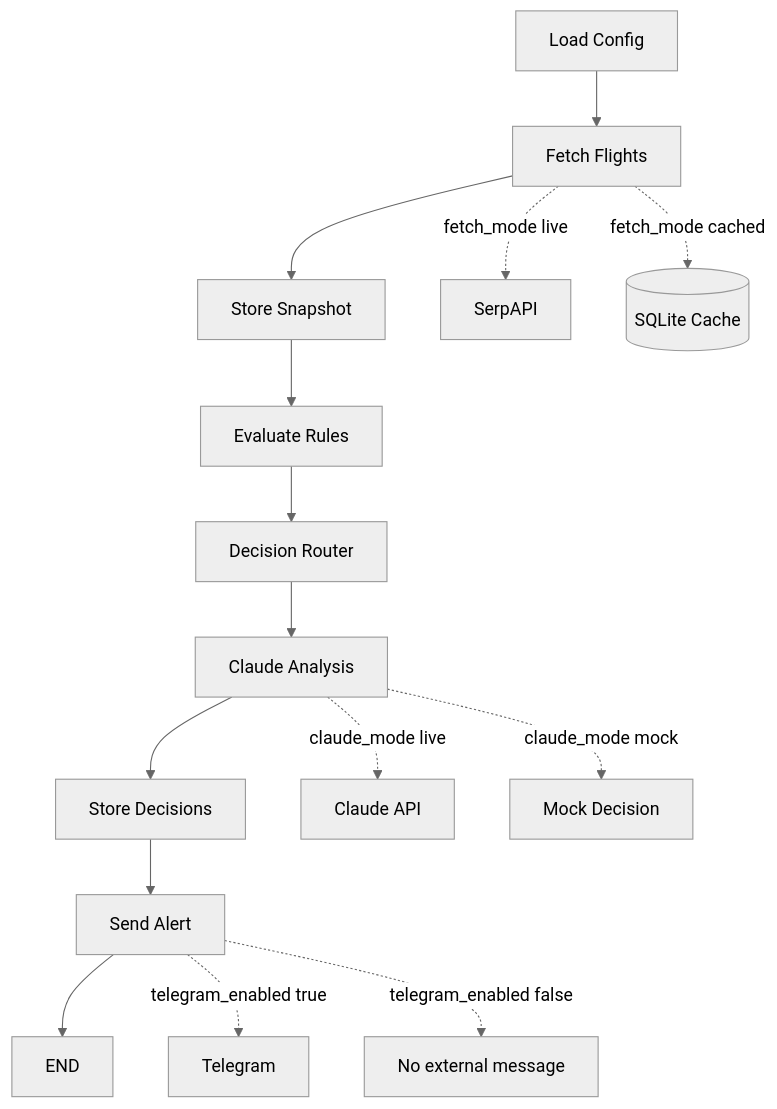
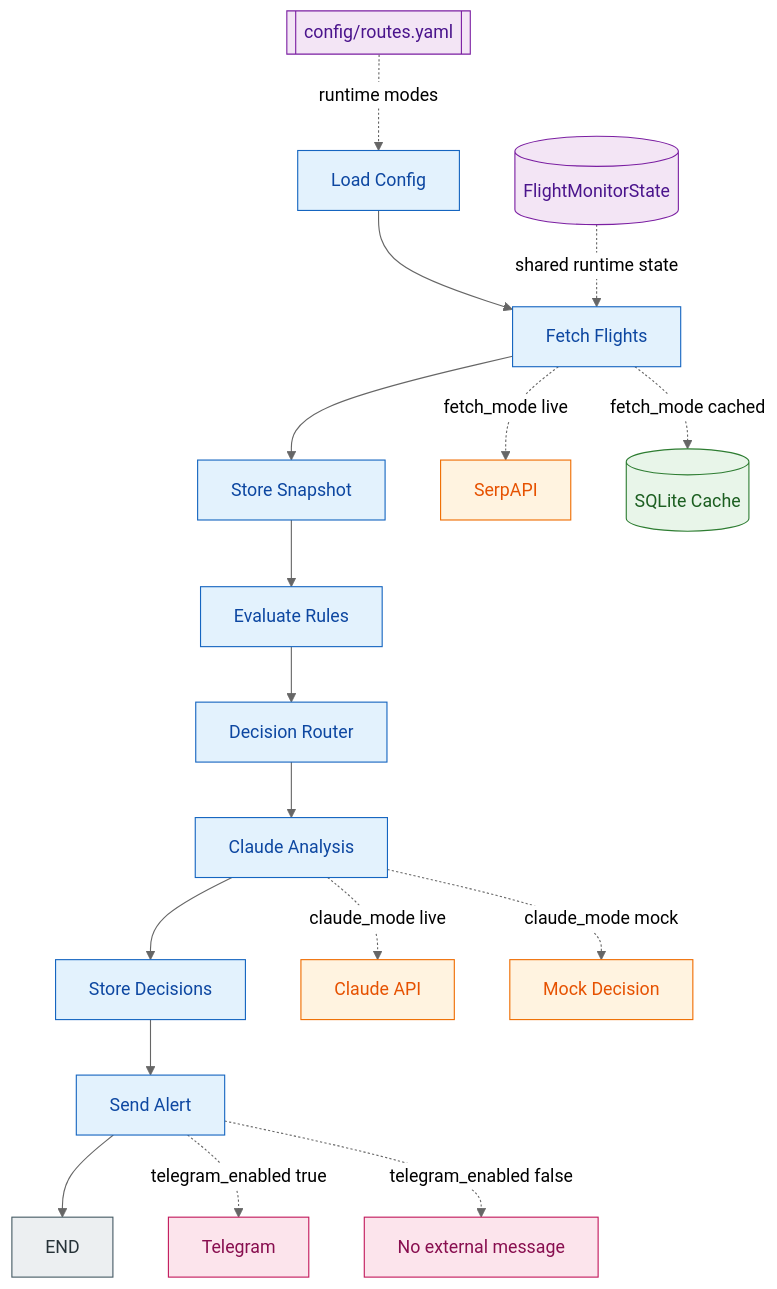
Before and after one commit to atelloa/flight-agent: the diagram in architecture.md, drawn with Mermaid (neutral theme). The commit also changed other lines of this file, not shown here.

Commit message:
docs: add diagram color legend

````diff
--- a/architecture.md
+++ b/architecture.md
@@ -53,18 +53,34 @@
 ```mermaid
 flowchart TD
     A[Load Config] --> B[Fetch Flights]
     B --> C[Store Snapshot]
     C --> D[Evaluate Rules]
     D --> E[Decision Router]
     E --> F[Claude Analysis]
     F --> G[Store Decisions]
     G --> H[Send Alert]
     H --> I[END]
 
+    CFG[[config/routes.yaml]] -. runtime modes .-> A
+    ST[(FlightMonitorState)] -. shared runtime state .-> B
     B -. fetch_mode live .-> S[SerpAPI]
     B -. fetch_mode cached .-> DB[(SQLite Cache)]
     F -. claude_mode live .-> L[Claude API]
     F -. claude_mode mock .-> M[Mock Decision]
     H -. telegram_enabled true .-> T[Telegram]
     H -. telegram_enabled false .-> N[No external message]
+
+    classDef node fill:#E3F2FD,stroke:#1565C0,color:#0D47A1;
+    classDef tool fill:#FFF3E0,stroke:#EF6C00,color:#E65100;
+    classDef persistence fill:#E8F5E9,stroke:#2E7D32,color:#1B5E20;
+    classDef state fill:#F3E5F5,stroke:#7B1FA2,color:#4A148C;
+    classDef output fill:#FCE4EC,stroke:#C2185B,color:#880E4F;
+    classDef terminal fill:#ECEFF1,stroke:#455A64,color:#263238;
+
+    class A,B,C,D,E,F,G,H node;
+    class S,L,M tool;
+    class DB persistence;
+    class CFG,ST state;
+    class T,N output;
+    class I terminal;
 ```
````
